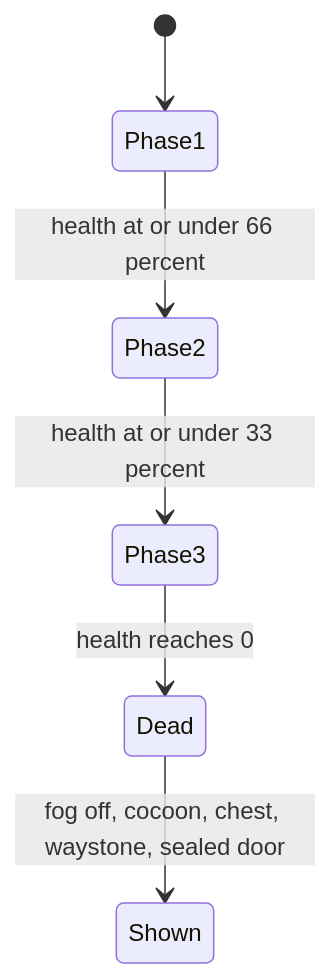
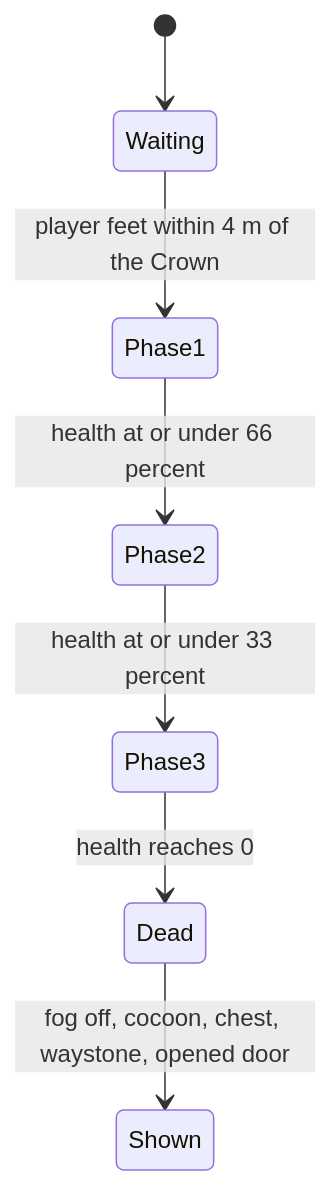
Before and after one commit to ShobieShy/covenant-of-embers: the fourth of 4 diagrams in docs/PLAN_0.7.0_ACT2.md, drawn with Mermaid. The commit also changed other lines of this file, not shown here.

````diff
--- a/docs/PLAN_0.7.0_ACT2.md
+++ b/docs/PLAN_0.7.0_ACT2.md
@@ -223,8 +245,9 @@
 ```mermaid
 stateDiagram-v2
-  [*] --> Phase1
+  [*] --> Waiting
+  Waiting --> Phase1: player feet within 4 m of the Crown
   Phase1 --> Phase2: health at or under 66 percent
   Phase2 --> Phase3: health at or under 33 percent
   Phase3 --> Dead: health reaches 0
-  Dead --> Shown: fog off, cocoon, chest, waystone, sealed door
+  Dead --> Shown: fog off, cocoon, chest, waystone, opened door
 ```
````
